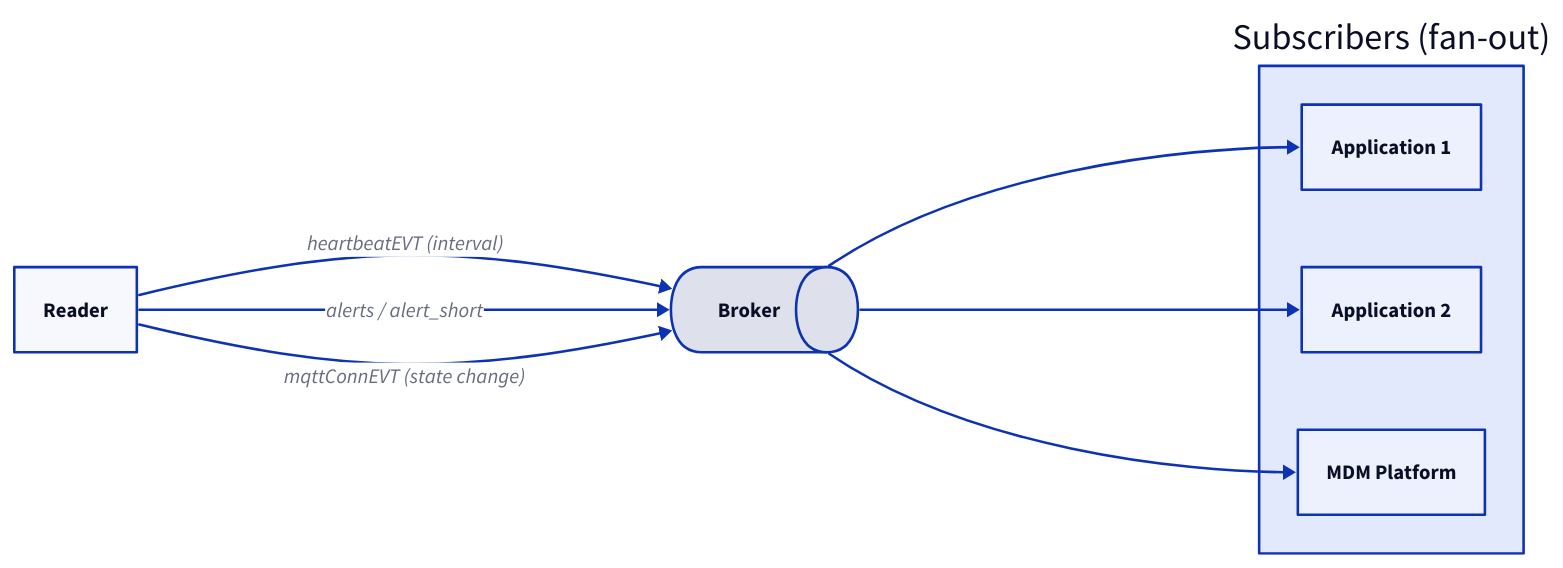
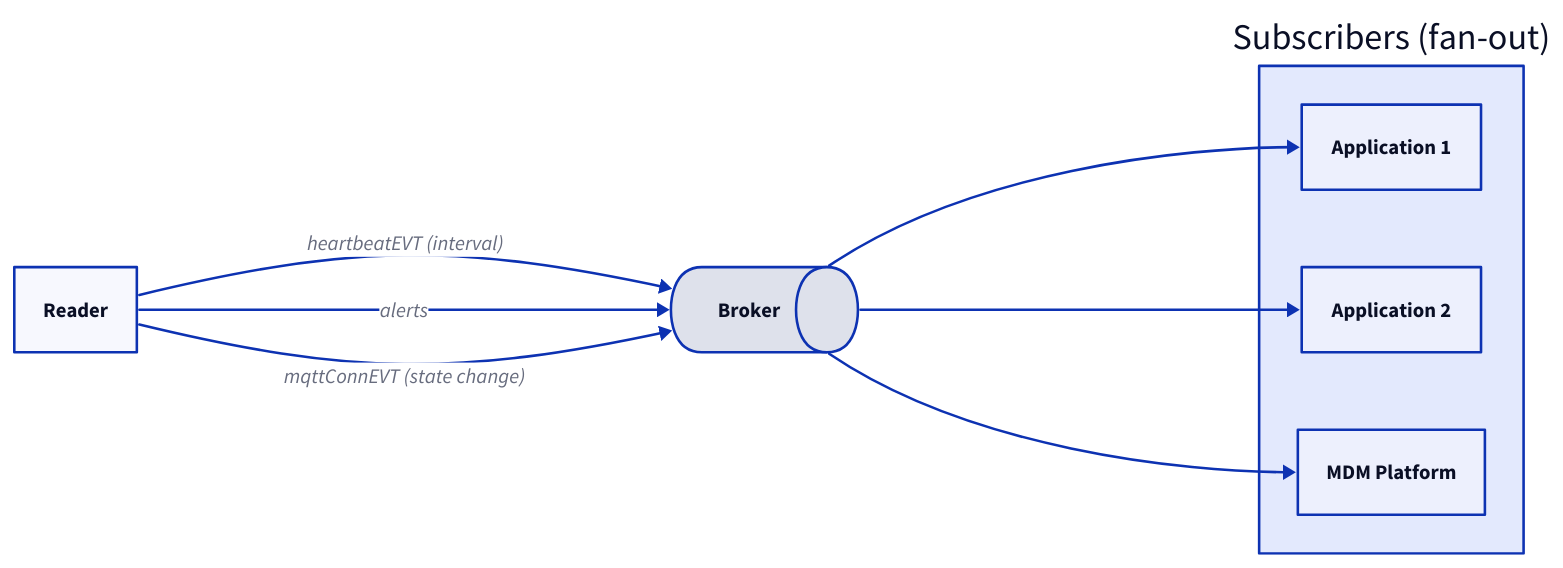
Before and after one commit to admiral-ai/zebra-handheld-rfid-iotc: the second of 3 diagrams in docs/foundations/communication-flow.md, drawn with D2. The commit also changed other lines of this file and 72 other files, not shown here.

````diff
--- a/docs/foundations/communication-flow.md
+++ b/docs/foundations/communication-flow.md
@@ -87,17 +87,17 @@
 ```d2
 direction: right
 R: Reader
 B: Broker { shape: queue }
 subs: Subscribers (fan-out) {
   A1: Application 1
   A2: Application 2
   M: MDM Platform
 }
 R -> B: "heartbeatEVT (interval)"
-R -> B: "alerts / alert_short"
+R -> B: "alerts"
 R -> B: "mqttConnEVT (state change)"
 B -> subs.A1
 B -> subs.A2
 B -> subs.M
 
 ```
````
